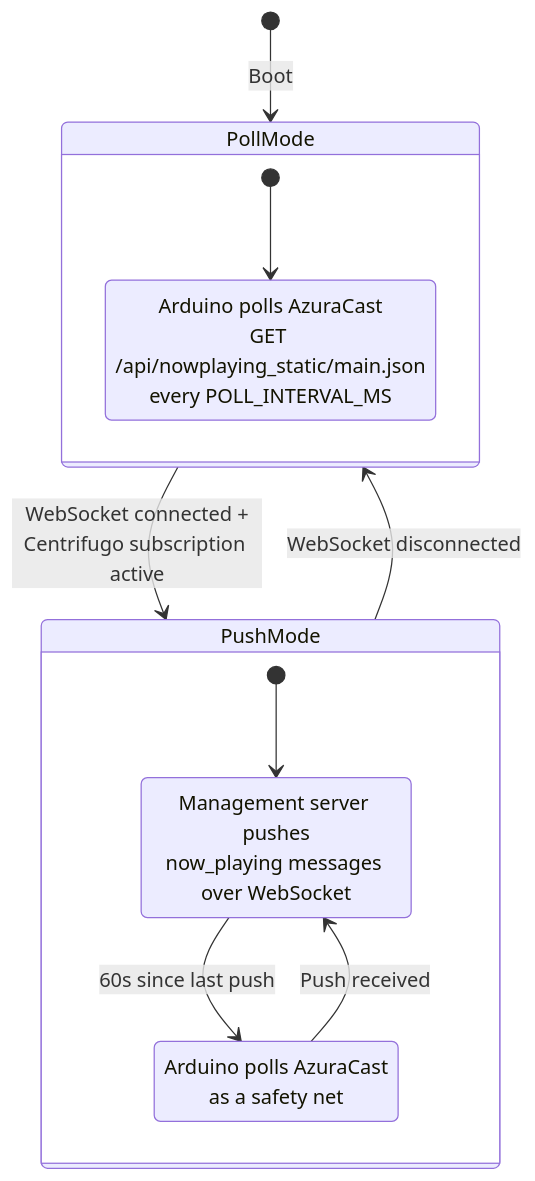
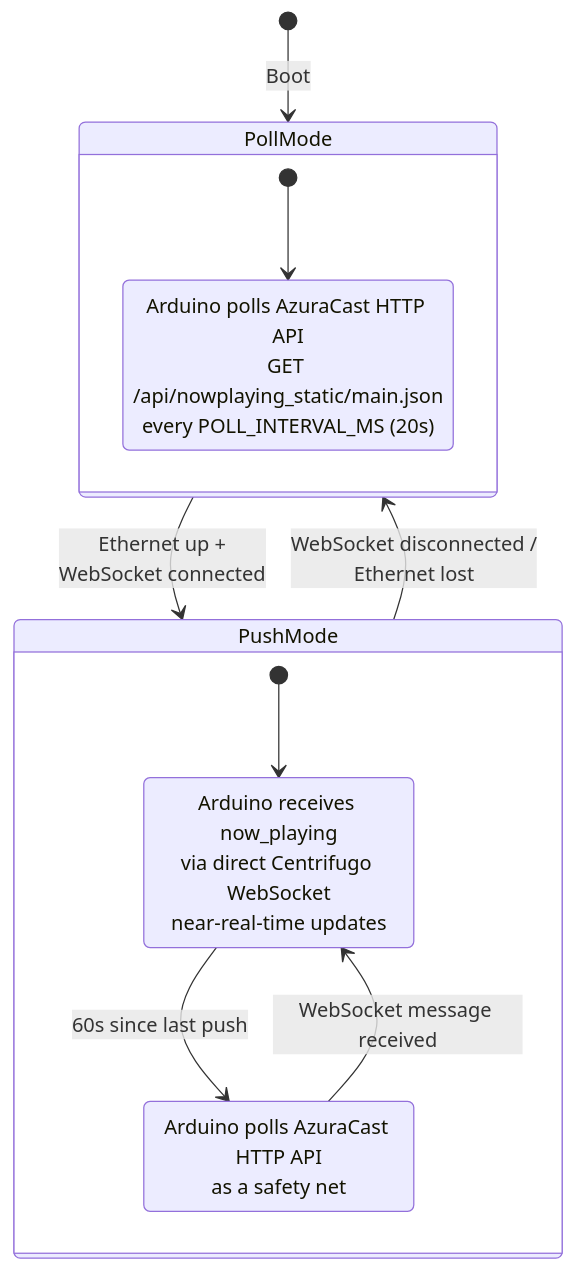
The fourth of 11 diagrams in docs/networking-spec.md (WXYC/auto-dj-arduino-switch), drawn with Mermaid before and after one commit. The commit also changed other lines of this file, not shown here.

````diff
--- a/docs/networking-spec.md
+++ b/docs/networking-spec.md
@@ -701,20 +749,20 @@
 ```mermaid
 stateDiagram-v2
     [*] --> PollMode: Boot
 
     state PollMode {
         [*] --> Polling
-        Polling: Arduino polls AzuraCast<br>GET /api/nowplaying_static/main.json<br>every POLL_INTERVAL_MS
+        Polling: Arduino polls AzuraCast HTTP API<br>GET /api/nowplaying_static/main.json<br>every POLL_INTERVAL_MS (20s)
     }
 
     state PushMode {
         [*] --> Listening
-        Listening: Management server pushes<br>now_playing messages over WebSocket
+        Listening: Arduino receives now_playing<br>via direct Centrifugo WebSocket<br>near-real-time updates
         Listening --> SafetyPoll: 60s since last push
-        SafetyPoll: Arduino polls AzuraCast<br>as a safety net
-        SafetyPoll --> Listening: Push received
+        SafetyPoll: Arduino polls AzuraCast HTTP API<br>as a safety net
+        SafetyPoll --> Listening: WebSocket message received
     }
 
-    PollMode --> PushMode: WebSocket connected +<br>Centrifugo subscription active
-    PushMode --> PollMode: WebSocket disconnected
+    PollMode --> PushMode: Ethernet up +<br>WebSocket connected
+    PushMode --> PollMode: WebSocket disconnected /<br>Ethernet lost
 ```
````
